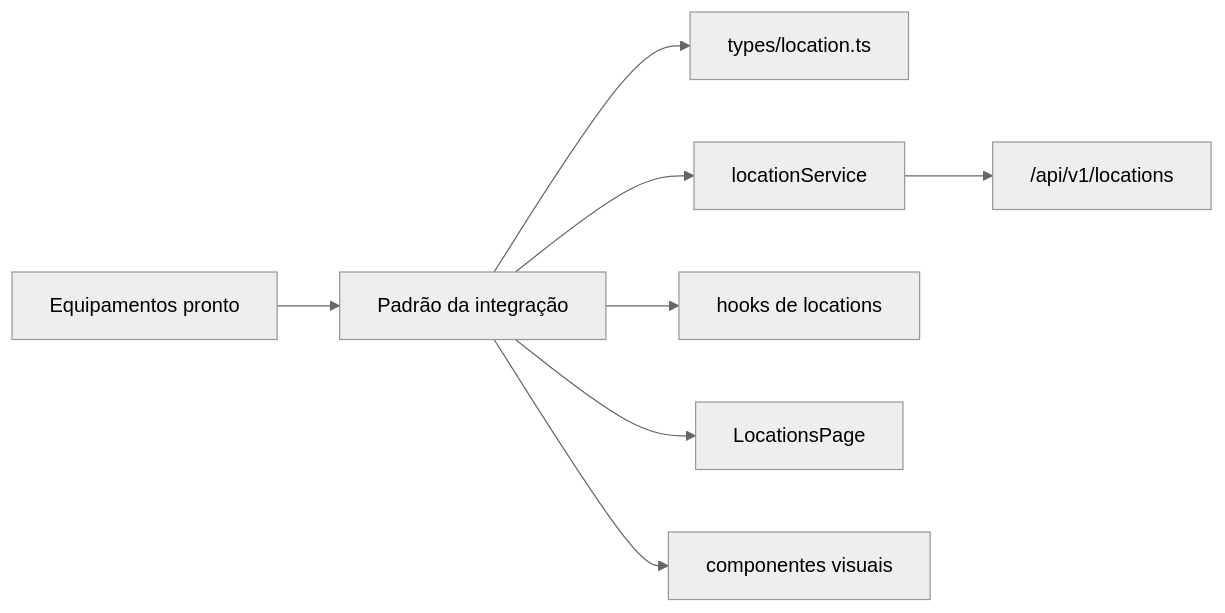
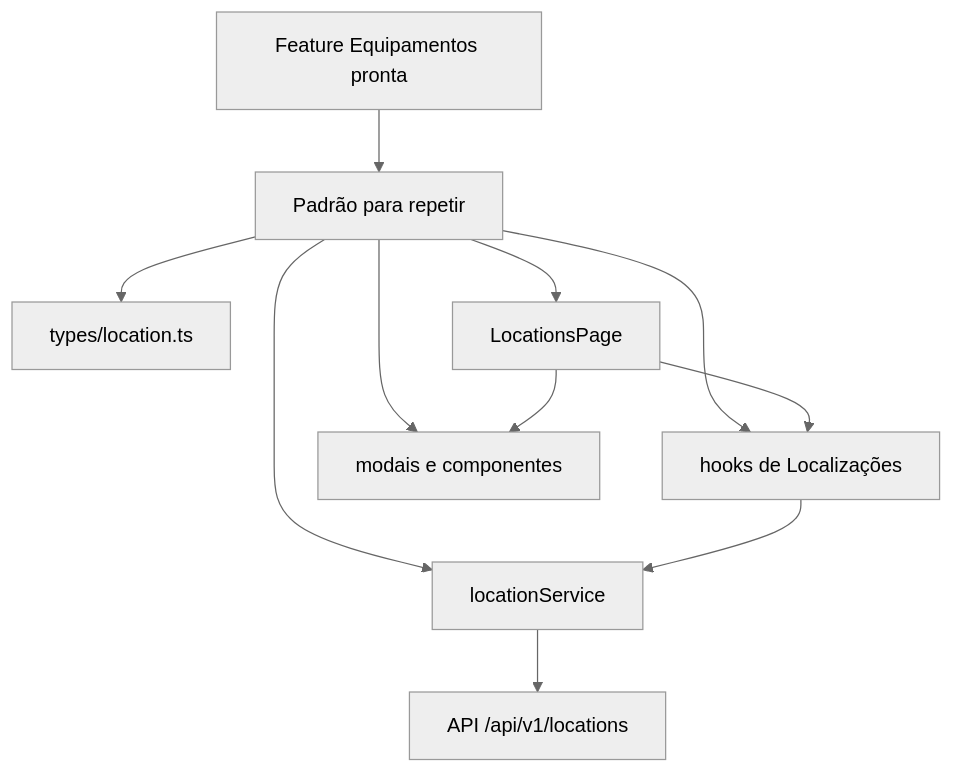
One commit to modulo-4-javascript/sistema-gestao-equipamentos-allef-ramos changed the first of 2 diagrams in frontend/docs/aula-08/README.md. Above: the diagram before and after it, drawn with Mermaid (neutral theme). The commit also changed other lines of this file and 2 other files, not shown here.

First line of the commit message:
feat: update README and LocationsPage for final assignment on Localizações

````diff
--- a/frontend/docs/aula-08/README.md
+++ b/frontend/docs/aula-08/README.md
@@ -45,10 +41,14 @@
 ```mermaid
-flowchart LR
-  Equipment["Equipamentos pronto"] --> Pattern["Padrão da integração"]
+flowchart TB
+  Equipment["Feature Equipamentos pronta"] --> Pattern["Padrão para repetir"]
   Pattern --> Types["types/location.ts"]
   Pattern --> Service["locationService"]
-  Pattern --> Hooks["hooks de locations"]
+  Pattern --> Hooks["hooks de Localizações"]
+  Pattern --> Components["modais e componentes"]
   Pattern --> Page["LocationsPage"]
-  Pattern --> Components["componentes visuais"]
-  Service --> API["/api/v1/locations"]
+
+  Service --> API["API /api/v1/locations"]
+  Hooks --> Service
+  Page --> Hooks
+  Page --> Components
 ```
````
